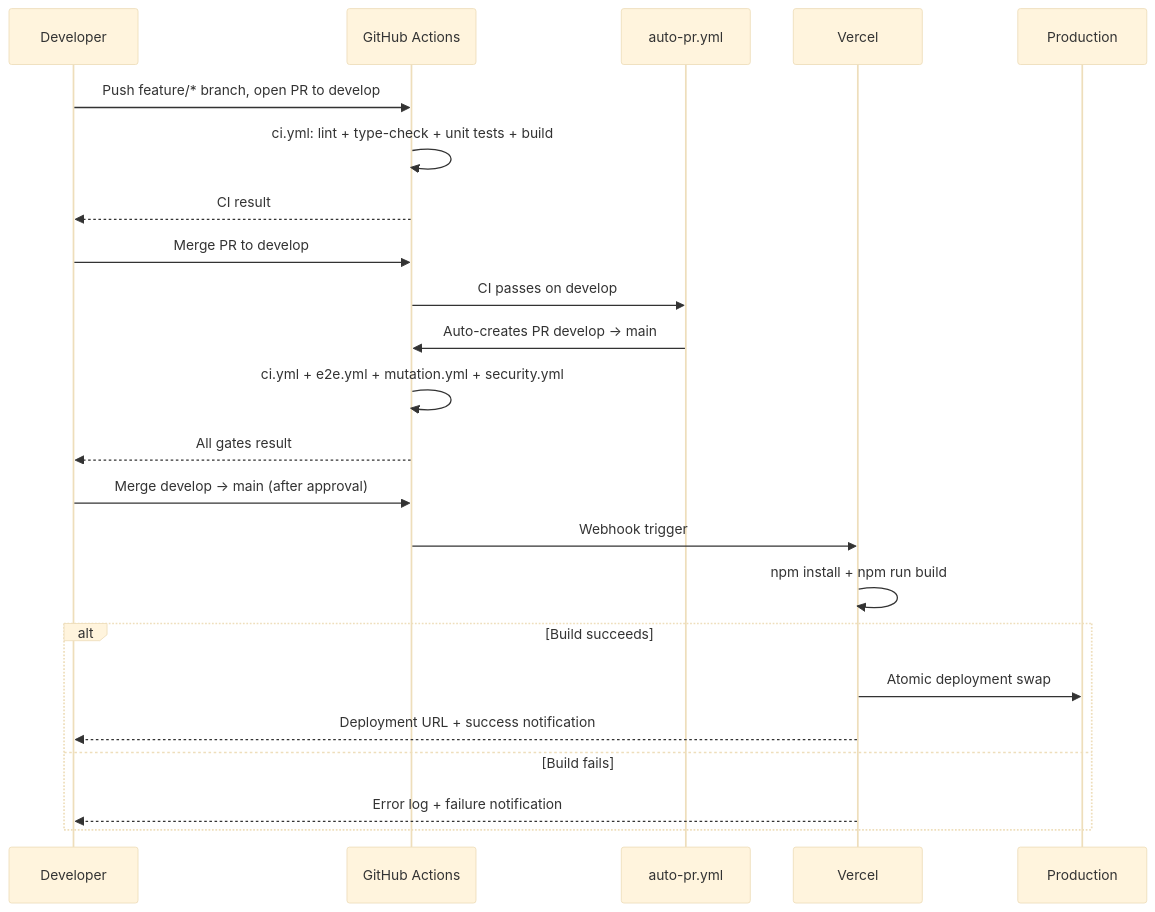
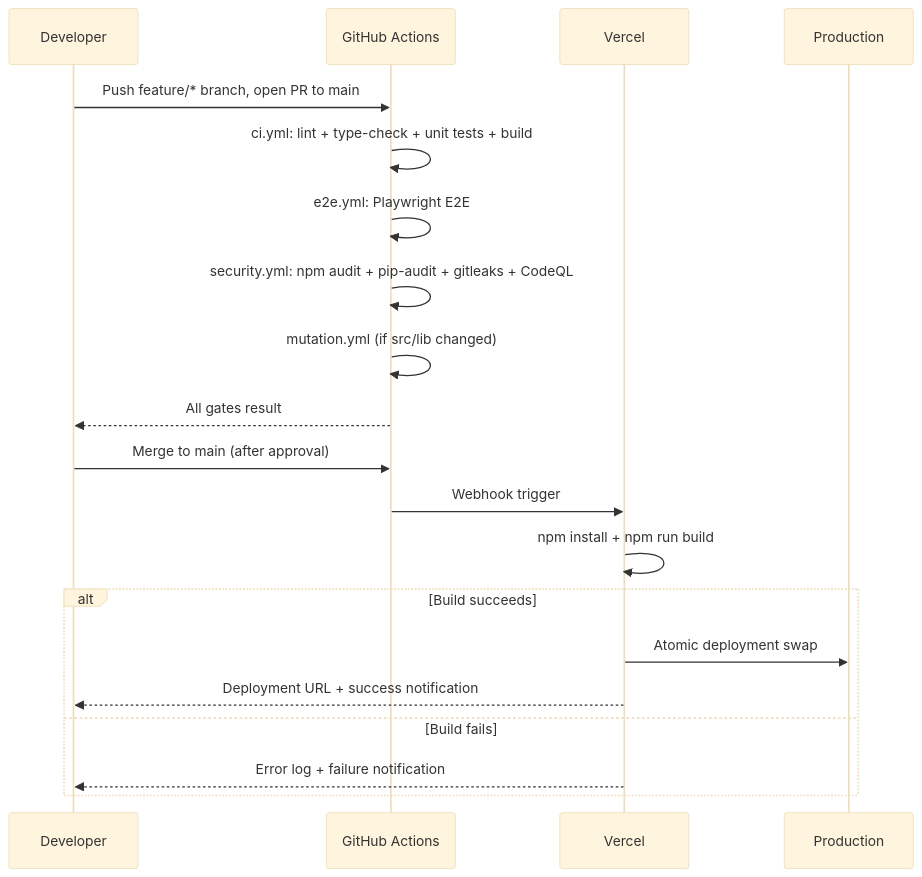
The second of 8 diagrams in docs/wiki/DEPLOYMENT.md (Oweeboi011/Fit-Ready-IQ), drawn with Mermaid (base theme) before and after one commit. The commit also changed other lines of this file and 15 other files, not shown here.

````diff
--- a/docs/wiki/DEPLOYMENT.md
+++ b/docs/wiki/DEPLOYMENT.md
@@ -61,26 +61,23 @@
 ```mermaid
 sequenceDiagram
     participant Dev as Developer
     participant GH as GitHub Actions
-    participant Auto as auto-pr.yml
     participant V as Vercel
     participant Prod as Production
 
-    Dev->>GH: Push feature/* branch, open PR to develop
+    Dev->>GH: Push feature/* branch, open PR to main
     GH->>GH: ci.yml: lint + type-check + unit tests + build
-    GH-->>Dev: CI result
-    Dev->>GH: Merge PR to develop
-    GH->>Auto: CI passes on develop
-    Auto->>GH: Auto-creates PR develop -> main
-    GH->>GH: ci.yml + e2e.yml + mutation.yml + security.yml
+    GH->>GH: e2e.yml: Playwright E2E
+    GH->>GH: security.yml: npm audit + pip-audit + gitleaks + CodeQL
+    GH->>GH: mutation.yml (if src/lib changed)
     GH-->>Dev: All gates result
-    Dev->>GH: Merge develop -> main (after approval)
+    Dev->>GH: Merge to main (after approval)
     GH->>V: Webhook trigger
     V->>V: npm install + npm run build
     alt Build succeeds
         V->>Prod: Atomic deployment swap
         V-->>Dev: Deployment URL + success notification
     else Build fails
         V-->>Dev: Error log + failure notification
     end
 ```
````
